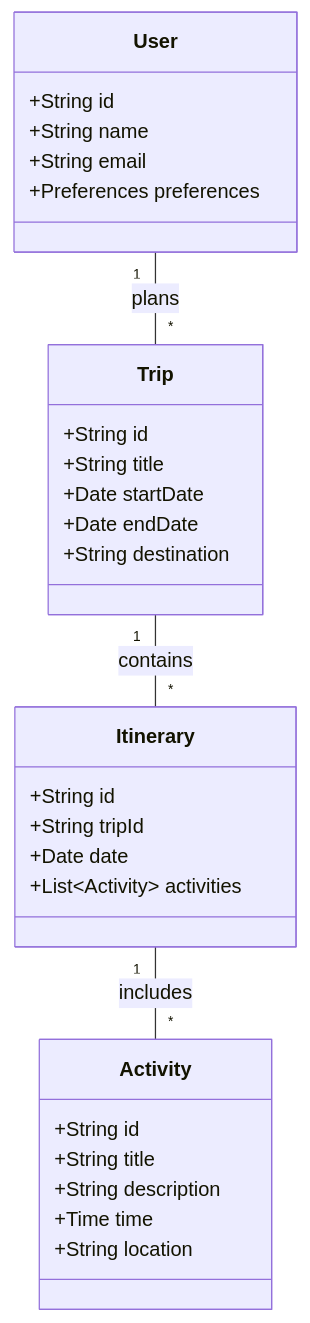
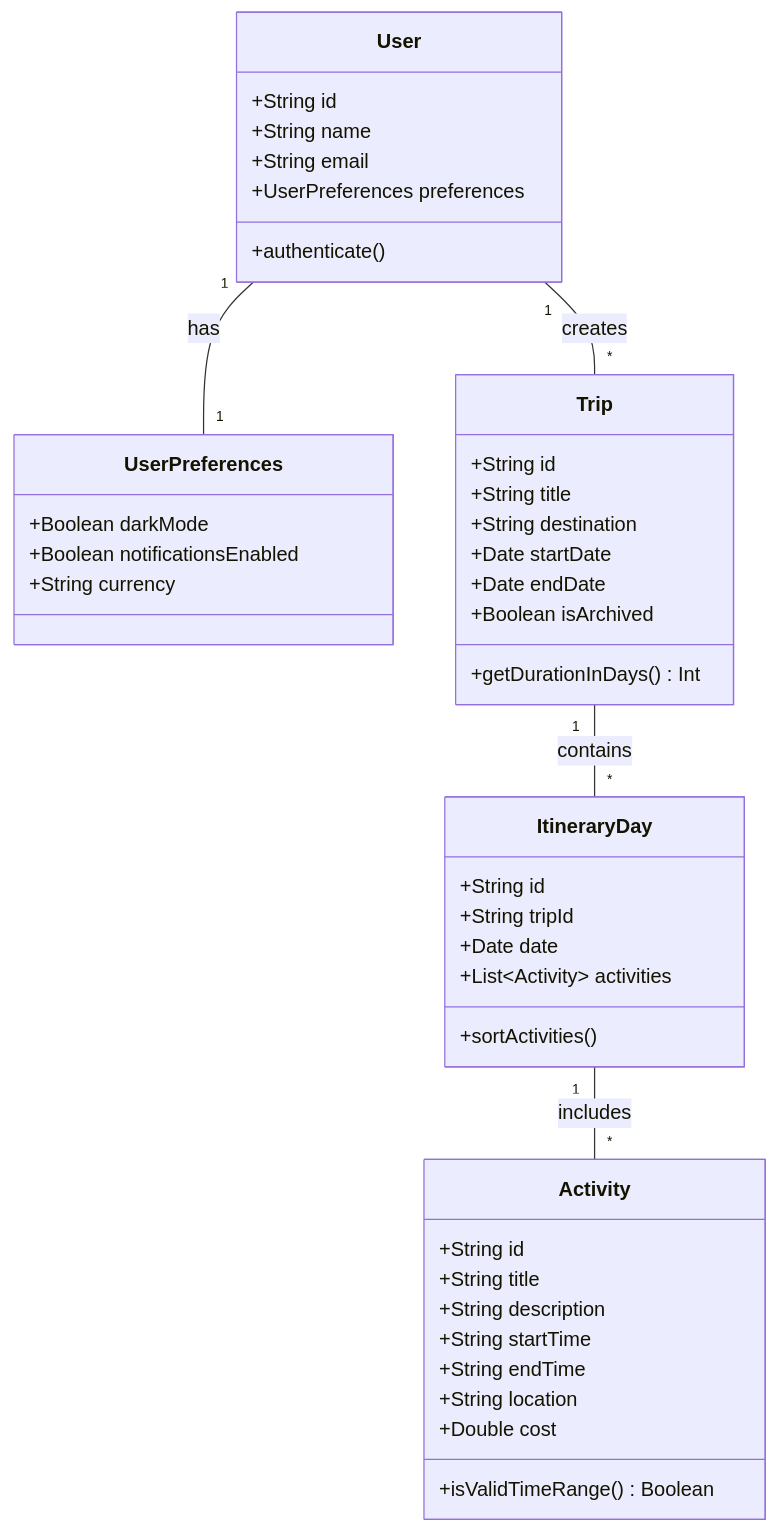
Before and after one commit to tempestgf/3P: the diagram in docs/domain-model.mmd, drawn with Mermaid. The commit also changed 12 other files, not shown here.

```diff
--- a/docs/domain-model.mmd
+++ b/docs/domain-model.mmd
@@ -1,34 +1,48 @@
 classDiagram
     class User {
         +String id
         +String name
         +String email
-        +Preferences preferences
+        +UserPreferences preferences
+        +authenticate()
+    }
+    
+    class UserPreferences {
+        +Boolean darkMode
+        +Boolean notificationsEnabled
+        +String currency
     }
     
     class Trip {
         +String id
         +String title
+        +String destination
         +Date startDate
         +Date endDate
-        +String destination
+        +Boolean isArchived
+        +getDurationInDays() Int
     }
     
-    class Itinerary {
+    class ItineraryDay {
         +String id
         +String tripId
         +Date date
         +List~Activity~ activities
+        +sortActivities()
     }
     
     class Activity {
         +String id
         +String title
         +String description
-        +Time time
+        +String startTime
+        +String endTime
         +String location
+        +Double cost
+        +isValidTimeRange() Boolean
     }
 
-    User "1" -- "*" Trip : plans
-    Trip "1" -- "*" Itinerary : contains
-    Itinerary "1" -- "*" Activity : includes
+    User "1" -- "1" UserPreferences : has
+    User "1" -- "*" Trip : creates
+    Trip "1" -- "*" ItineraryDay : contains
+    ItineraryDay "1" -- "*" Activity : includes
```
